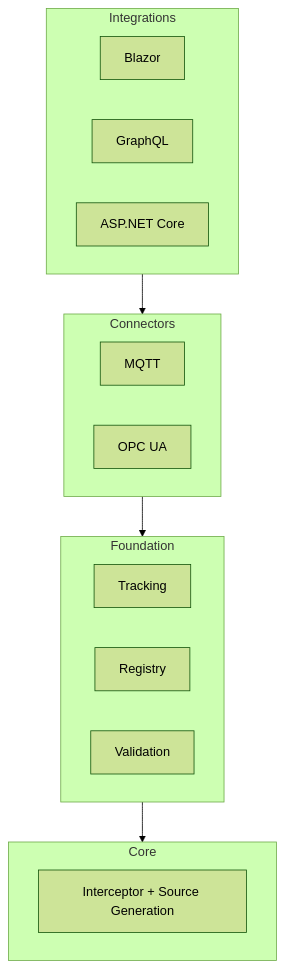
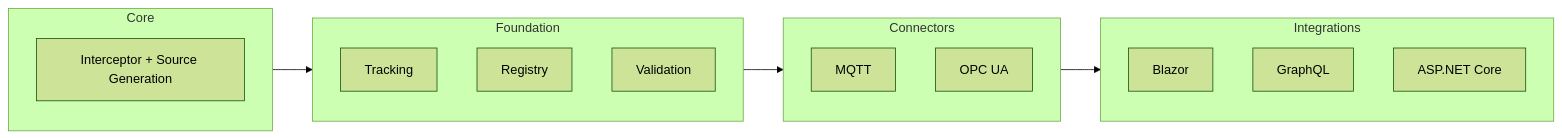
One commit to RicoSuter/Namotion.Interceptor changed the first of 3 diagrams in README.md. Above: the diagram before and after it, drawn with Mermaid (forest theme). The commit also changed other lines of this file, not shown here.

````diff
--- a/README.md
+++ b/README.md
@@ -13,24 +13,24 @@
 ```mermaid
-graph TB
-    subgraph Integrations
-        Blazor[Blazor]
-        GraphQL[GraphQL]
-        AspNetCore[ASP.NET Core]
-    end
-    subgraph Connectors
-        MQTT[MQTT]
-        OpcUa[OPC UA]
+graph LR
+    subgraph Core
+        Interceptor[Interceptor + Source Generation]
     end
     subgraph Foundation
         Tracking[Tracking]
         Registry[Registry]
         Validation[Validation]
     end
-    subgraph Core
-        Interceptor[Interceptor + Source Generation]
+    subgraph Connectors
+        MQTT[MQTT]
+        OpcUa[OPC UA]
+    end
+    subgraph Integrations
+        Blazor[Blazor]
+        GraphQL[GraphQL]
+        AspNetCore[ASP.NET Core]
     end
 
-    Integrations --> Connectors
-    Connectors --> Foundation
-    Foundation --> Core
+    Core --> Foundation
+    Foundation --> Connectors
+    Connectors --> Integrations
 ```
````
